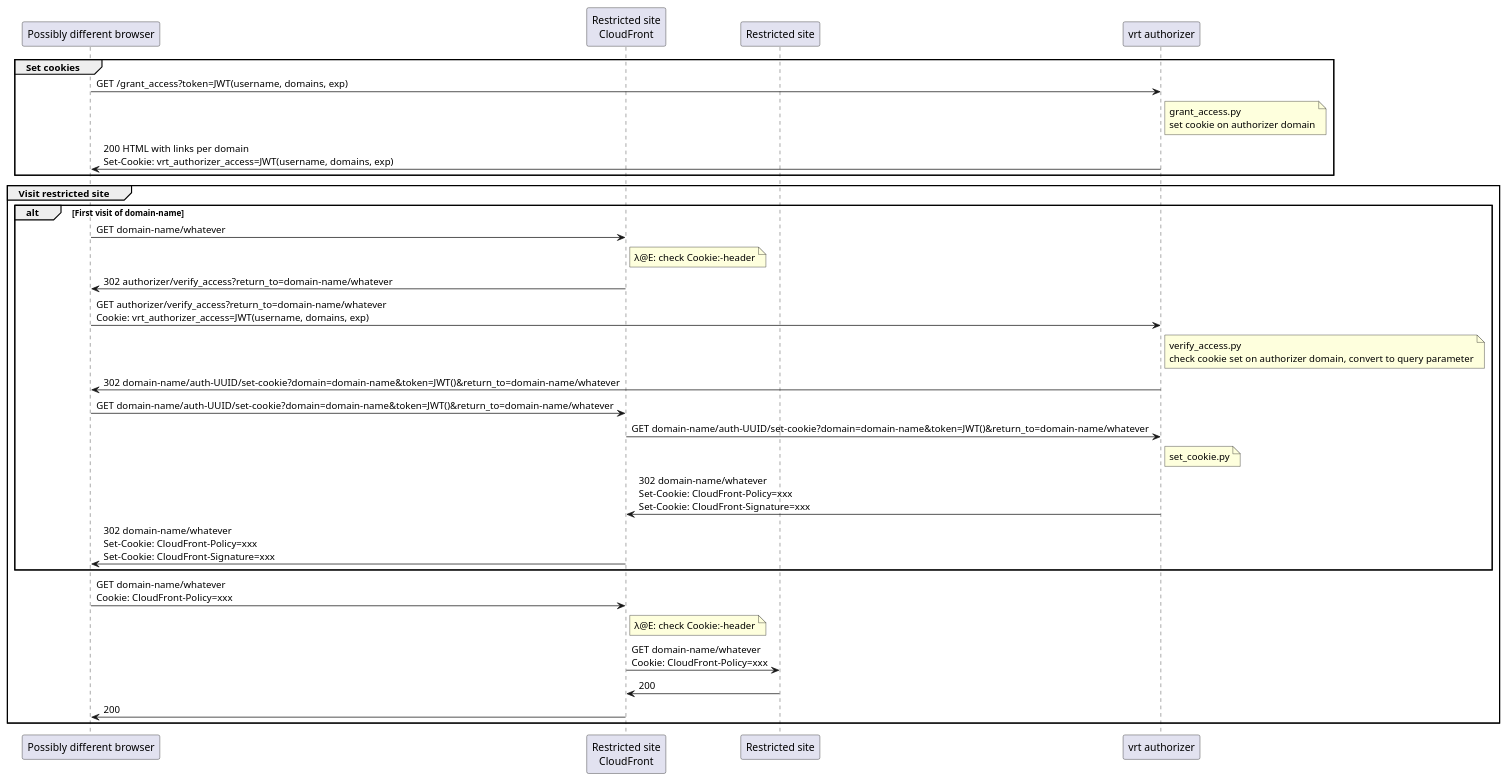
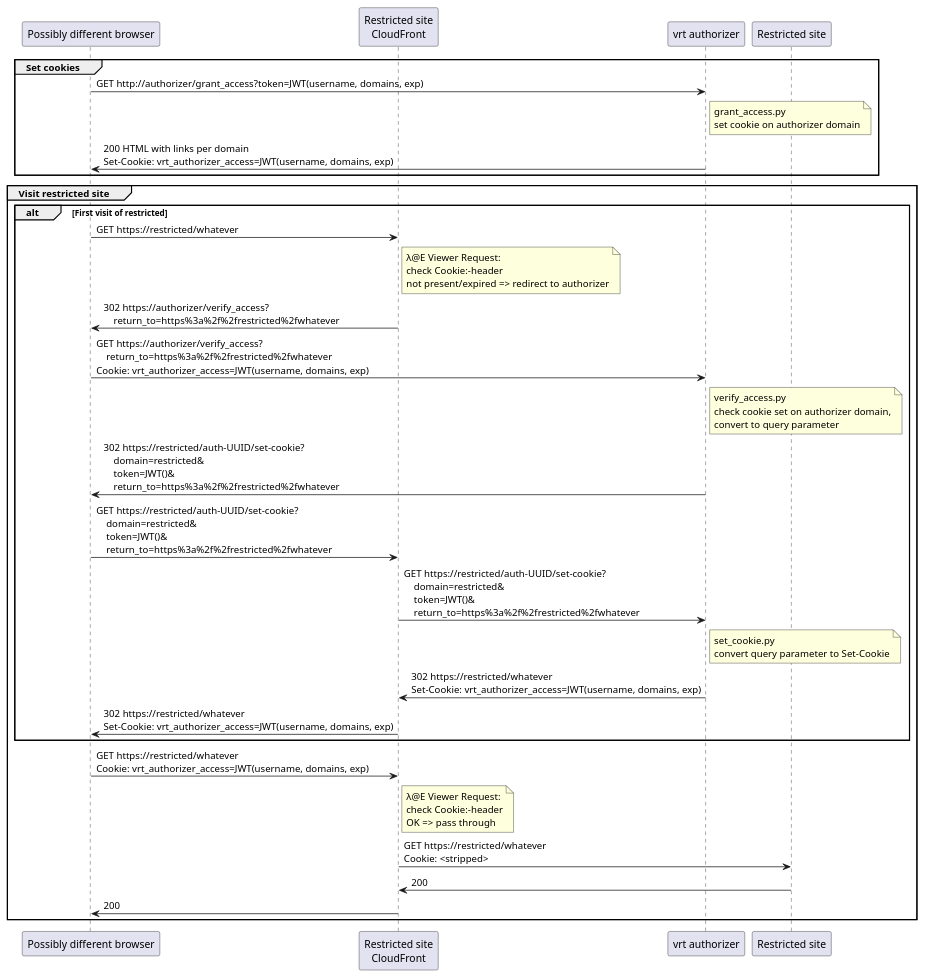
One commit to vrtdev/aws-cloudfront-authorizer changed the diagram in doc/use_access.plantuml. Above: the diagram before and after it, drawn with PlantUML. The commit also changed 3 other files, not shown here.

```diff
--- a/doc/use_access.plantuml
+++ b/doc/use_access.plantuml
@@ -1,42 +1,42 @@
 @startuml
 
 participant "Possibly different browser" as browser
 participant "Restricted site\nCloudFront" as stagcf
+participant "vrt authorizer" as auth
 participant "Restricted site" as stagorigin
-participant "vrt authorizer" as auth
 
 group Set cookies
 
-browser -> auth: GET /grant_access?token=JWT(username, domains, exp)
+browser -> auth: GET http://authorizer/grant_access?token=JWT(username, domains, exp)
 note right of auth: grant_access.py\nset cookie on authorizer domain
 browser <- auth: 200 HTML with links per domain\nSet-Cookie: vrt_authorizer_access=JWT(username, domains, exp)
 
 end
 
 group Visit restricted site
 
-alt First visit of domain-name
-browser -> stagcf: GET domain-name/whatever
-note right of stagcf: λ@E: check Cookie:-header
-browser <- stagcf: 302 authorizer/verify_access?return_to=domain-name/whatever
+alt First visit of restricted
+browser -> stagcf: GET https://restricted/whatever
+note right of stagcf: λ@E Viewer Request:\ncheck Cookie:-header\nnot present/expired => redirect to authorizer
+browser <- stagcf: 302 https://authorizer/verify_access?\n    return_to=https%3a%2f%2frestricted%2fwhatever
 
-browser -> auth: GET authorizer/verify_access?return_to=domain-name/whatever\nCookie: vrt_authorizer_access=JWT(username, domains, exp)
-note right of auth: verify_access.py\ncheck cookie set on authorizer domain, convert to query parameter
-browser <- auth: 302 domain-name/auth-UUID/set-cookie?domain=domain-name&token=JWT()&return_to=domain-name/whatever
+browser -> auth: GET https://authorizer/verify_access?\n    return_to=https%3a%2f%2frestricted%2fwhatever\nCookie: vrt_authorizer_access=JWT(username, domains, exp)
+note right of auth: verify_access.py\ncheck cookie set on authorizer domain,\nconvert to query parameter
+browser <- auth: 302 https://restricted/auth-UUID/set-cookie?\n    domain=restricted&\n    token=JWT()&\n    return_to=https%3a%2f%2frestricted%2fwhatever
 
-browser -> stagcf: GET domain-name/auth-UUID/set-cookie?domain=domain-name&token=JWT()&return_to=domain-name/whatever
-stagcf -> auth: GET domain-name/auth-UUID/set-cookie?domain=domain-name&token=JWT()&return_to=domain-name/whatever
-note right of auth: set_cookie.py
-stagcf <- auth: 302 domain-name/whatever\nSet-Cookie: CloudFront-Policy=xxx\nSet-Cookie: CloudFront-Signature=xxx
-browser <- stagcf: 302 domain-name/whatever\nSet-Cookie: CloudFront-Policy=xxx\nSet-Cookie: CloudFront-Signature=xxx
+browser -> stagcf: GET https://restricted/auth-UUID/set-cookie?\n    domain=restricted&\n    token=JWT()&\n    return_to=https%3a%2f%2frestricted%2fwhatever
+stagcf -> auth: GET https://restricted/auth-UUID/set-cookie?\n    domain=restricted&\n    token=JWT()&\n    return_to=https%3a%2f%2frestricted%2fwhatever
+note right of auth: set_cookie.py\nconvert query parameter to Set-Cookie
+stagcf <- auth: 302 https://restricted/whatever\nSet-Cookie: vrt_authorizer_access=JWT(username, domains, exp)
+browser <- stagcf: 302 https://restricted/whatever\nSet-Cookie: vrt_authorizer_access=JWT(username, domains, exp)
 end
 
-browser -> stagcf: GET domain-name/whatever\nCookie: CloudFront-Policy=xxx
-note right of stagcf: λ@E: check Cookie:-header
-stagcf -> stagorigin:  GET domain-name/whatever\nCookie: CloudFront-Policy=xxx
+browser -> stagcf: GET https://restricted/whatever\nCookie: vrt_authorizer_access=JWT(username, domains, exp)
+note right of stagcf: λ@E Viewer Request:\ncheck Cookie:-header\nOK => pass through
+stagcf -> stagorigin:  GET https://restricted/whatever\nCookie: <stripped>
 stagcf <- stagorigin: 200
 browser <- stagcf: 200
 
 end
 
 @enduml
```
